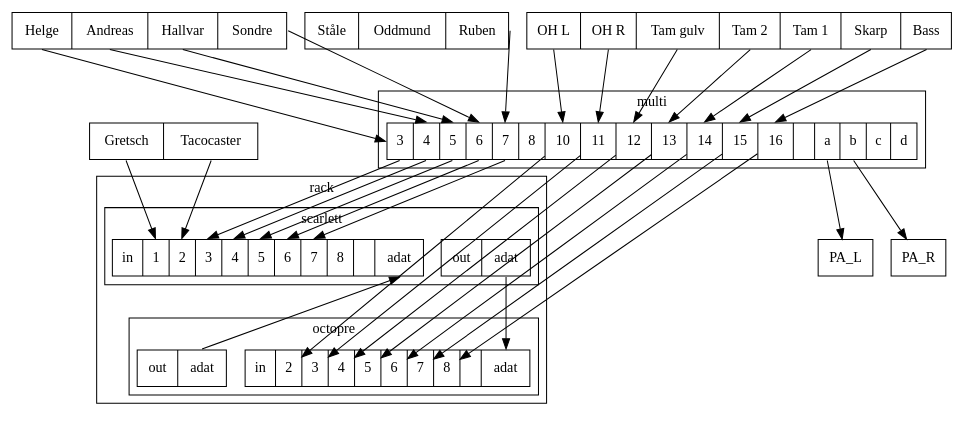
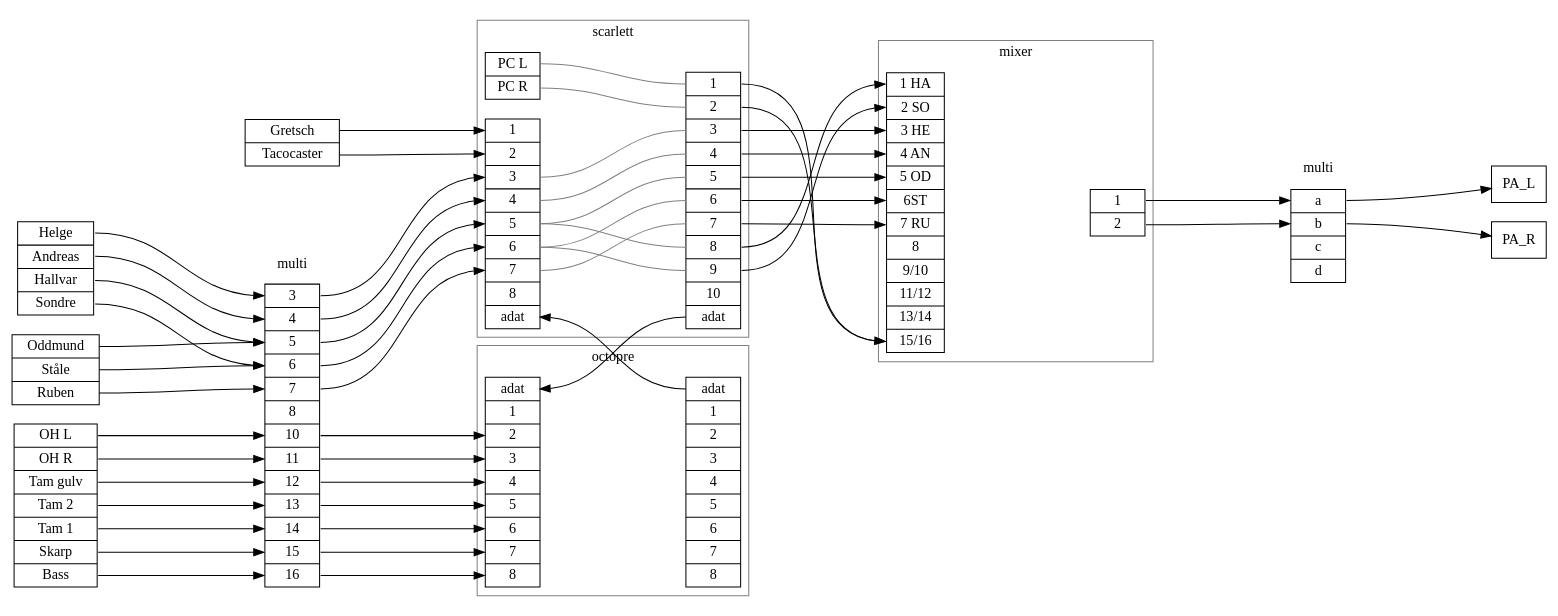
The diagram in hookup.gv (jraregris/gordiagram), drawn with Graphviz before and after one commit.

Commit message:
hønk

```diff
--- a/hookup.gv
+++ b/hookup.gv
@@ -1,69 +1,118 @@
 digraph structs {
-	graph [rankdir=none, splines=false, ranksep=1];
+	graph [rankdir=LR, splines=true, ranksep=2];
 	node [shape=record];
 
 	vokal_hepx[label="<helge>Helge|<andreas>Andreas|<hallvar>Hallvar|<sondre>Sondre"];
-	vokal_jp[label="<stale>Ståle|<oddmund>Oddmund|<ruben>Ruben"];
+	vokal_jp[label="<oddmund>Oddmund|<stale>Ståle|<ruben>Ruben"];
 	gitar [label="<gretsch>Gretsch|<taco>Tacocaster"];
 	trommer [label="<oh_l>OH L|<oh_r>OH R|<tam_gulv>Tam gulv|<tam_2>Tam 2|<tam_1>Tam 1|<skarp>Skarp|<bass>Bass"];
 
-	subgraph cluster_multi {
+	subgraph cluster_multi_in {
+		color=none;
 		label="multi";
-
-		multi [label="<3>3|<4>4|<5>5|<6>6|<7>7|<8>8|<10>10|<11>11|<12>12|<13>13|<14>14|<15>15|<16>16||<a>a|<b>b|<c>c|<d>d"];
+		multi [label="<3>3|<4>4|<5>5|<6>6|<7>7|<8>8|<10>10|<11>11|<12>12|<13>13|<14>14|<15>15|<16>16"];
 	}
 
-	subgraph cluster_rack {
-		label="rack";
-		subgraph cluster_scarlett {
-			label="scarlett";
-			scarlett_in [label="in|<1>1|<2>2|<3>3|<4>4|<5>5|<6>6|<7>7|<8>8||<adat>adat"];
-			scarlett_out [label="out|<adat>adat"];
-		}
+	subgraph cluster_multi_out {
+		color=none;
+		label="multi";
+		multi_out [label="<a>a|<b>b|<c>c|<d>d"];
+	}
 
-		subgraph cluster_octopre {
-			label="octopre";
-			octopre_in [label="in|<2>2|<3>3|<4>4|<5>5|<6>6|<7>7|<8>8||<adat>adat"];
-			octopre_out [label="out|<adat>adat"];
-		}
+	subgraph cluster_scarlett {
+		ranksep=1;
+		color=grey;
+		label="scarlett";
+		pc [label="<l>PC L|<r> PC R"];
+		scarlett_in [label="<1>1|<2>2|<3>3|<4>4|<5>5|<6>6|<7>7|<8>8|<adat>adat"];
+		scarlett_out [label="<1>1|<2>2|<3>3|<4>4|<5>5|<6>6|<7>7|<8>8|<9>9|<10>10|<adat>adat"];
+
+		{ rank=source; scarlett_in; pc;}
+		{ rank=sink; scarlett_out; }
+	}
+
+	subgraph cluster_octopre {
+		ranksep=1;
+		color=grey;
+		label="octopre";
+		octopre_in [label="<adat>adat|<1>1|<2>2|<3>3|<4>4|<5>5|<6>6|<7>7|<8>8"];
+		octopre_out [label="<adat>adat|<1>1|<2>2|<3>3|<4>4|<5>5|<6>6|<7>7|<8>8"];
+
+		{ rank=source; octopre_in; }
+		{ rank=sink; octopre_out; }
+	}
+
+
+	subgraph cluster_mixer {
+		color=grey;
+		label="mixer";
+		mixer_in [label="<1>1 HA|<2>2 SO|<3>3 HE|<4>4 AN|<5>5 OD|<6>6
+		ST|<7>7 RU|<8>8|<910>9/10|<1112>11/12|<1314>13/14|<1516>15/16"];
+		mixer_out [label="<1>1|<2>2"];
+
+		{ rank=source; mixer_in; }
+		{ rank=sink; mixer_out; }
 	}
 
 	// Vokaler
-//vokal_jp:oddmund -> multi:4;
-//vokal_jp:stale -> multi:6;
+vokal_jp:oddmund -> multi:5;
+vokal_jp:stale -> multi:6;
 vokal_jp:ruben -> multi:7 -> scarlett_in:7;
 
 vokal_hepx:helge -> multi:3 -> scarlett_in:3;
 vokal_hepx:andreas -> multi:4 -> scarlett_in:4;
 vokal_hepx:hallvar -> multi:5 -> scarlett_in:5;
 vokal_hepx:sondre -> multi:6 -> scarlett_in:6;
 
 	   // Gitarer
 
 gitar:gretsch -> scarlett_in:1;
 gitar:taco -> scarlett_in:2;
 
       // Trommer
 
 trommer:oh_l -> multi:10 -> octopre_in:2;
 trommer:oh_r -> multi:11 -> octopre_in:3;
 trommer:tam_gulv -> multi:12 -> octopre_in:4;
 trommer:tam_2 -> multi:13 -> octopre_in:5;
 trommer:tam_1 -> multi:14 -> octopre_in:6;
 trommer:skarp -> multi:15 -> octopre_in:7; 
 trommer:bass -> multi:16 -> octopre_in:8;
 
-// RACK
+	// RACK
 
 octopre_out:adat -> scarlett_in:adat;
 scarlett_out:adat -> octopre_in:adat;
 
-	/*
-mixer_out:1 -> multi:a -> PA_L;
-mixer_out:2 -> multi:b -> PA_R;
-	 */
+scarlett_out:1 -> mixer_in:1516;
+scarlett_out:2 -> mixer_in:1516;
 
-multi:a -> PA_L;
-multi:b -> PA_R;
+scarlett_out:3 -> mixer_in:3;
+scarlett_out:4 -> mixer_in:4;
+scarlett_out:5 -> mixer_in:5;
+scarlett_out:6 -> mixer_in:6;
+scarlett_out:7 -> mixer_in:7;
+
+scarlett_out:8 -> mixer_in:1;
+scarlett_out:9 -> mixer_in:2;
+
+
+mixer_out:1 -> multi_out:a -> PA_L;
+mixer_out:2 -> multi_out:b -> PA_R;
+
+// rack route
+
+pc:l -> scarlett_out:1 [color=grey, arrowhead=none];
+pc:r -> scarlett_out:2 [color=grey, arrowhead=none];
+
+scarlett_in:3 -> scarlett_out:3 [color=grey, arrowhead=none];
+scarlett_in:4 -> scarlett_out:4 [color=grey, arrowhead=none];
+scarlett_in:5 -> scarlett_out:5 [color=grey, arrowhead=none];
+scarlett_in:6 -> scarlett_out:6 [color=grey, arrowhead=none];
+scarlett_in:7 -> scarlett_out:7 [color=grey, arrowhead=none];
+
+
+scarlett_in:5 -> scarlett_out:8 [color=grey, arrowhead=none];
+scarlett_in:6 -> scarlett_out:9 [color=grey, arrowhead=none];
 
 }
```
